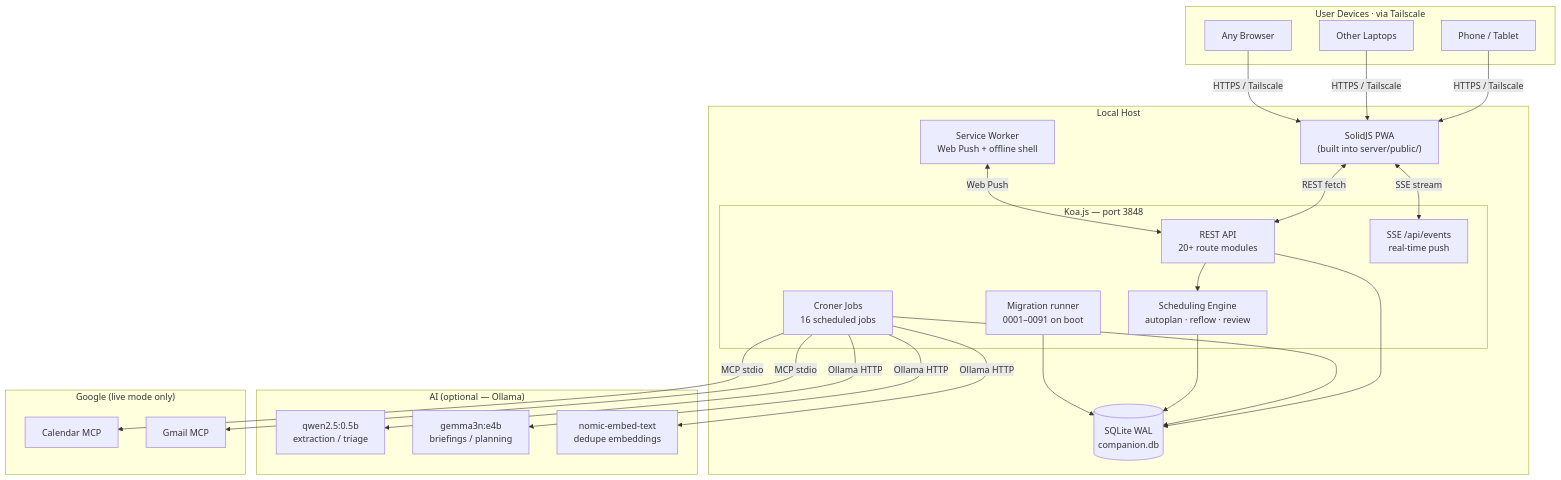
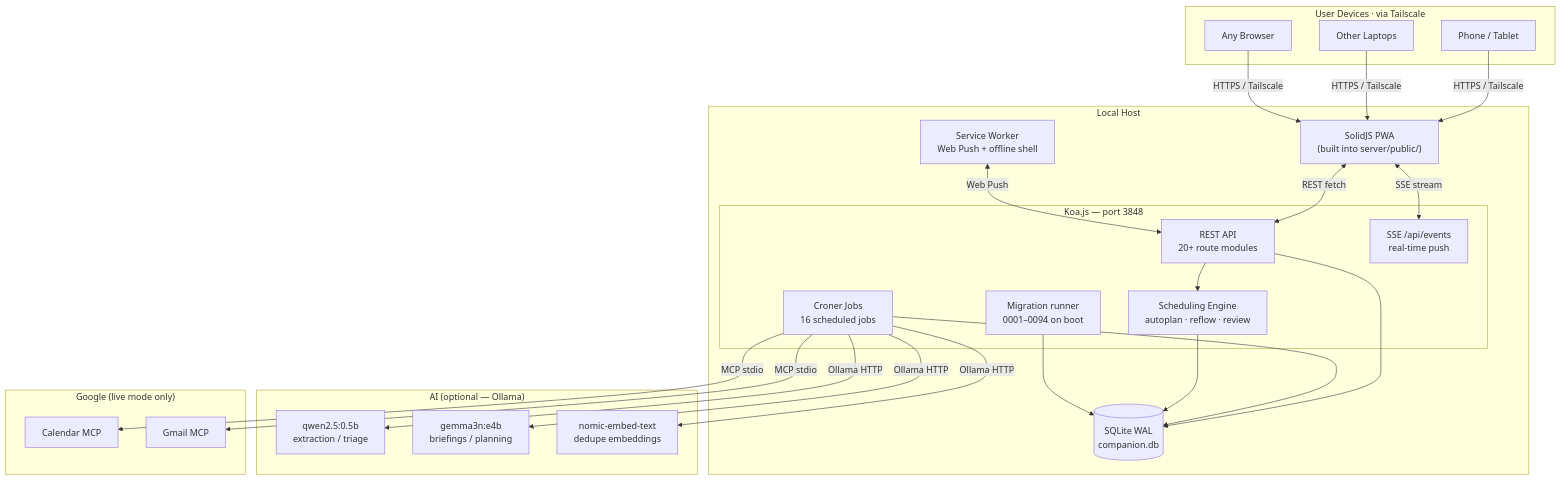
One commit to companionintelligence/CI-Planning changed the first of 6 diagrams in ARCHITECTURE.md. Above: the diagram before and after it, drawn with Mermaid. The commit also changed other lines of this file and 18 other files, not shown here.

First line of the commit message:
Phase Q — schema hygiene (pre-multi-tenant): FK enforcement, indexes, owner-identity rebuilds

````diff
--- a/ARCHITECTURE.md
+++ b/ARCHITECTURE.md
@@ -38,49 +38,49 @@
 ```mermaid
 graph TB
     subgraph Devices["User Devices · via Tailscale"]
         Phone["Phone / Tablet"]
         Laptop["Other Laptops"]
         Browser["Any Browser"]
     end
 
     subgraph Host["Local Host"]
         subgraph Koa["Koa.js — port 3848"]
             API["REST API<br/>20+ route modules"]
             SSE["SSE /api/events<br/>real-time push"]
             Engine["Scheduling Engine<br/>autoplan · reflow · review"]
             Cron["Croner Jobs<br/>16 scheduled jobs"]
-            Migrate["Migration runner<br/>0001–0091 on boot"]
+            Migrate["Migration runner<br/>0001–0094 on boot"]
         end
         FE["SolidJS PWA<br/>(built into server/public/)"]
         SW["Service Worker<br/>Web Push + offline shell"]
         DB[("SQLite WAL<br/>companion.db")]
     end
 
     subgraph AI["AI (optional — Ollama)"]
         Small["qwen2.5:0.5b<br/>extraction / triage"]
         Medium["gemma3n:e4b<br/>briefings / planning"]
         Embed["nomic-embed-text<br/>dedupe embeddings"]
     end
 
     subgraph Google["Google (live mode only)"]
         GCal["Calendar MCP"]
         Gmail["Gmail MCP"]
     end
 
     Phone -->|HTTPS / Tailscale| FE
     Laptop -->|HTTPS / Tailscale| FE
     Browser -->|HTTPS / Tailscale| FE
     FE <-->|REST fetch| API
     FE <-->|SSE stream| SSE
     SW <-->|Web Push| API
     API --> Engine
     API --> DB
     Cron --> DB
     Cron -->|Ollama HTTP| Small
     Cron -->|Ollama HTTP| Medium
     Cron -->|Ollama HTTP| Embed
     Cron -->|MCP stdio| GCal
     Cron -->|MCP stdio| Gmail
     Engine --> DB
     Migrate --> DB
 ```
````
